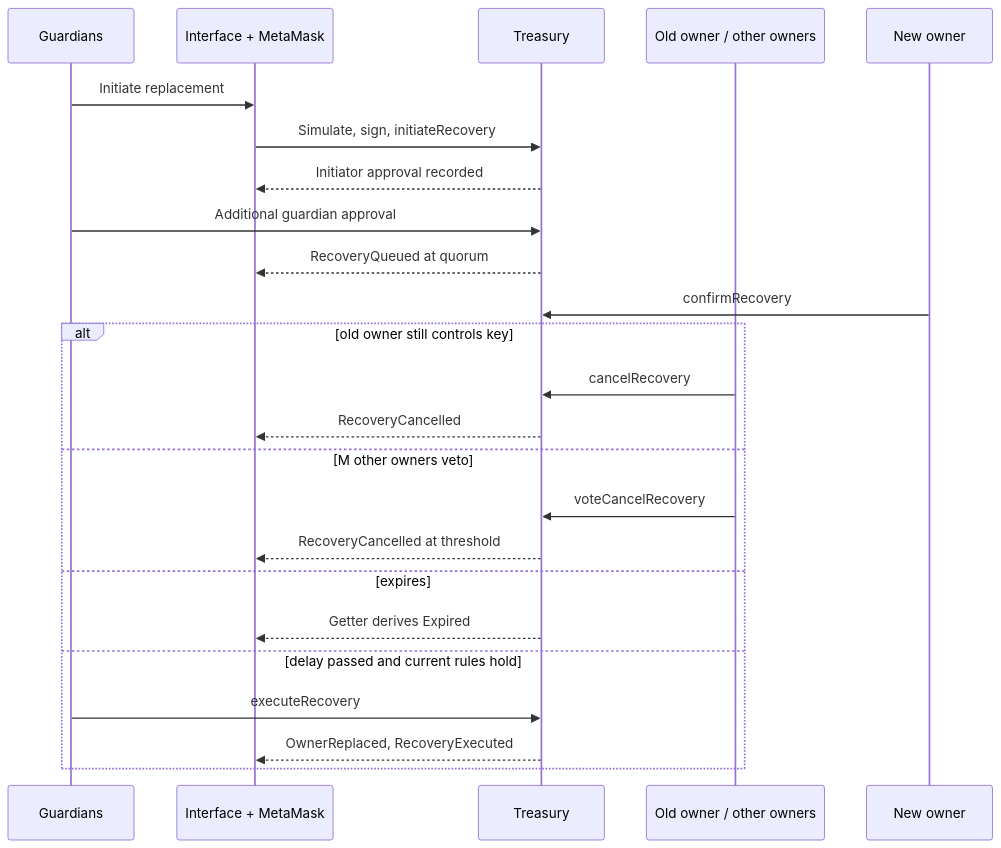
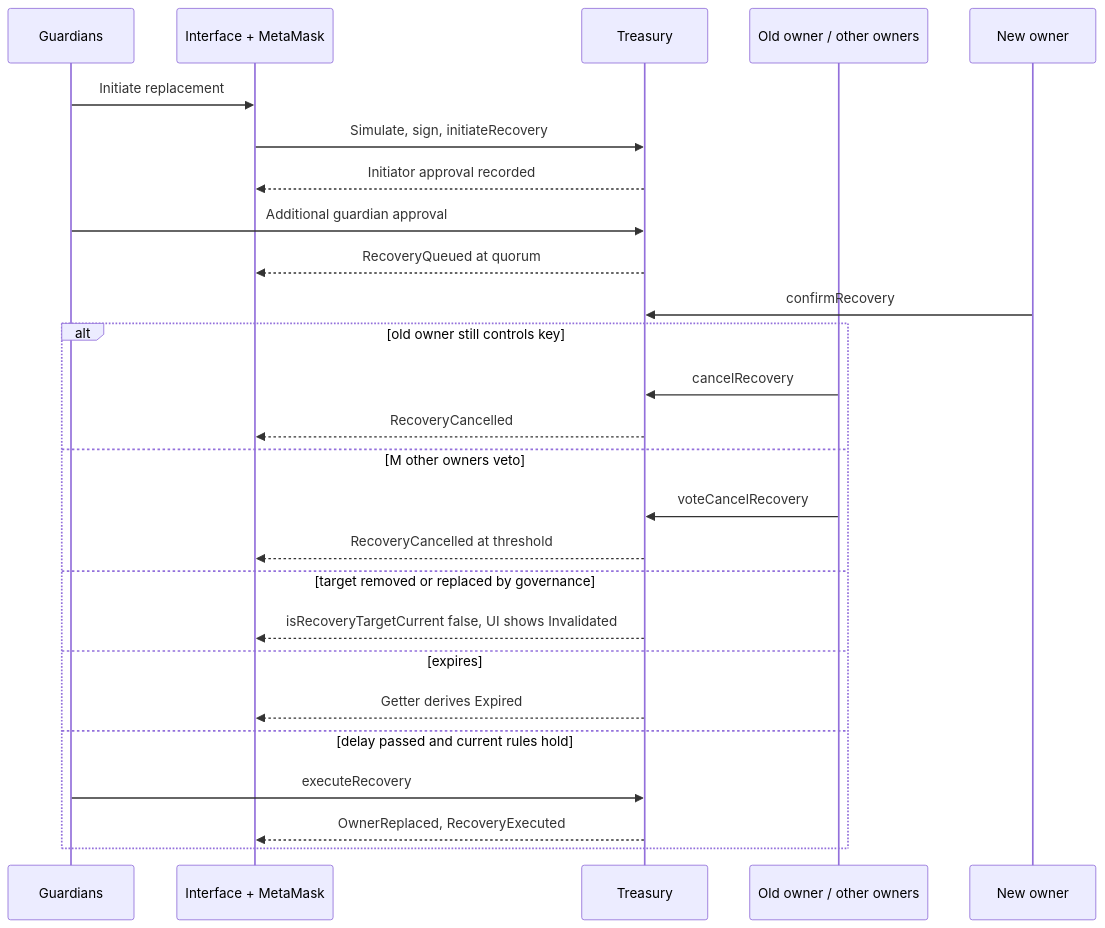
One commit to PlasmaZero/damd-treasury-wallet changed the sixth of 9 diagrams in docs/ARCHITECTURE.md. Above: the diagram before and after it, drawn with Mermaid. The commit also changed other lines of this file, not shown here.

Commit message:
fix architecture diagram

````diff
--- a/docs/ARCHITECTURE.md
+++ b/docs/ARCHITECTURE.md
@@ -106,26 +197,28 @@
 ```mermaid
 sequenceDiagram
   participant G as Guardians
   participant UI as Interface + MetaMask
   participant T as Treasury
   participant O as Old owner / other owners
   participant N as New owner
   G->>UI: Initiate replacement
   UI->>T: Simulate, sign, initiateRecovery
   T-->>UI: Initiator approval recorded
   G->>T: Additional guardian approval
   T-->>UI: RecoveryQueued at quorum
   N->>T: confirmRecovery
   alt old owner still controls key
     O->>T: cancelRecovery
     T-->>UI: RecoveryCancelled
   else M other owners veto
     O->>T: voteCancelRecovery
     T-->>UI: RecoveryCancelled at threshold
+  else target removed or replaced by governance
+    T-->>UI: isRecoveryTargetCurrent false, UI shows Invalidated
   else expires
     T-->>UI: Getter derives Expired
   else delay passed and current rules hold
     G->>T: executeRecovery
     T-->>UI: OwnerReplaced, RecoveryExecuted
   end
 ```
````
